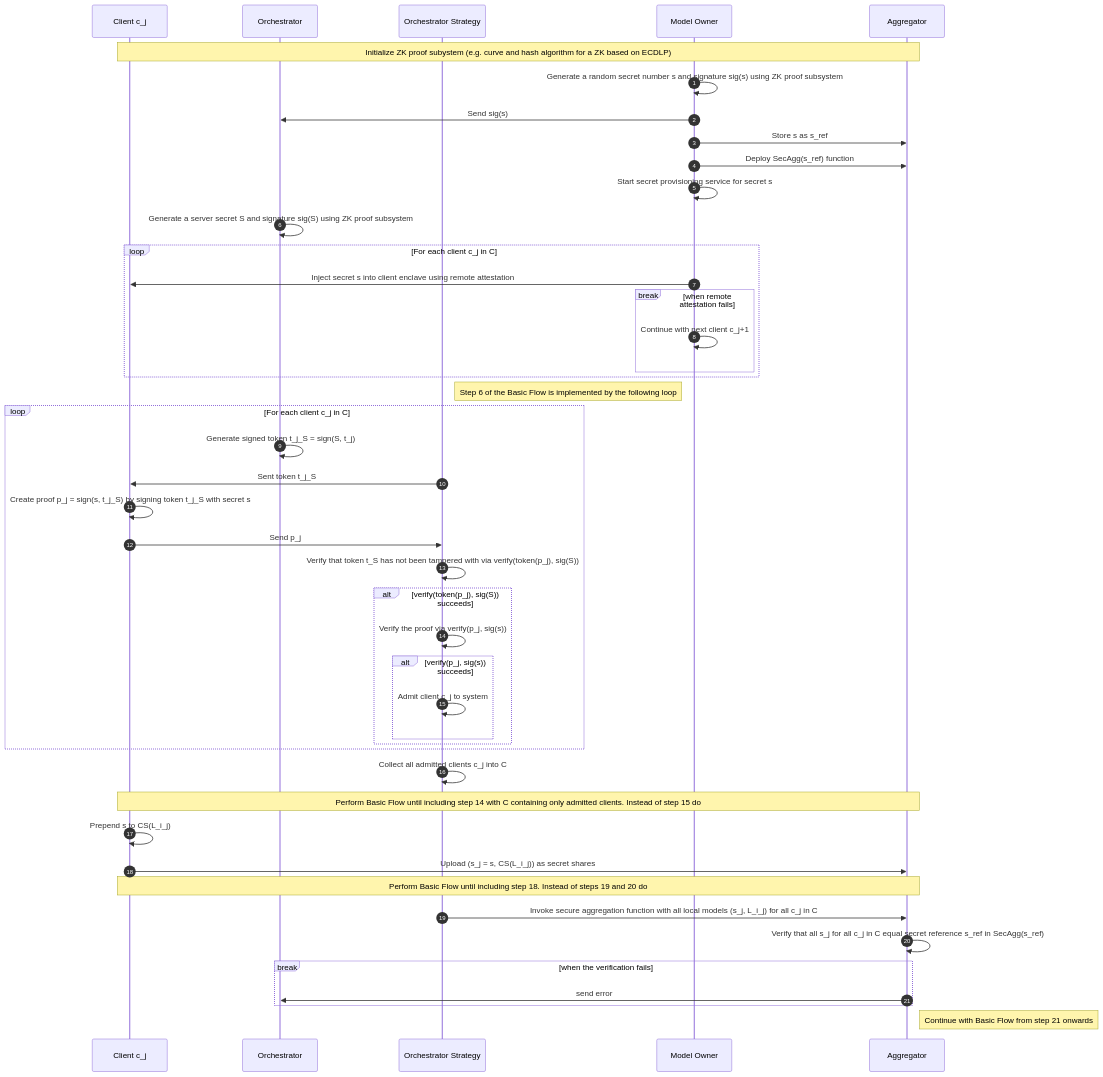
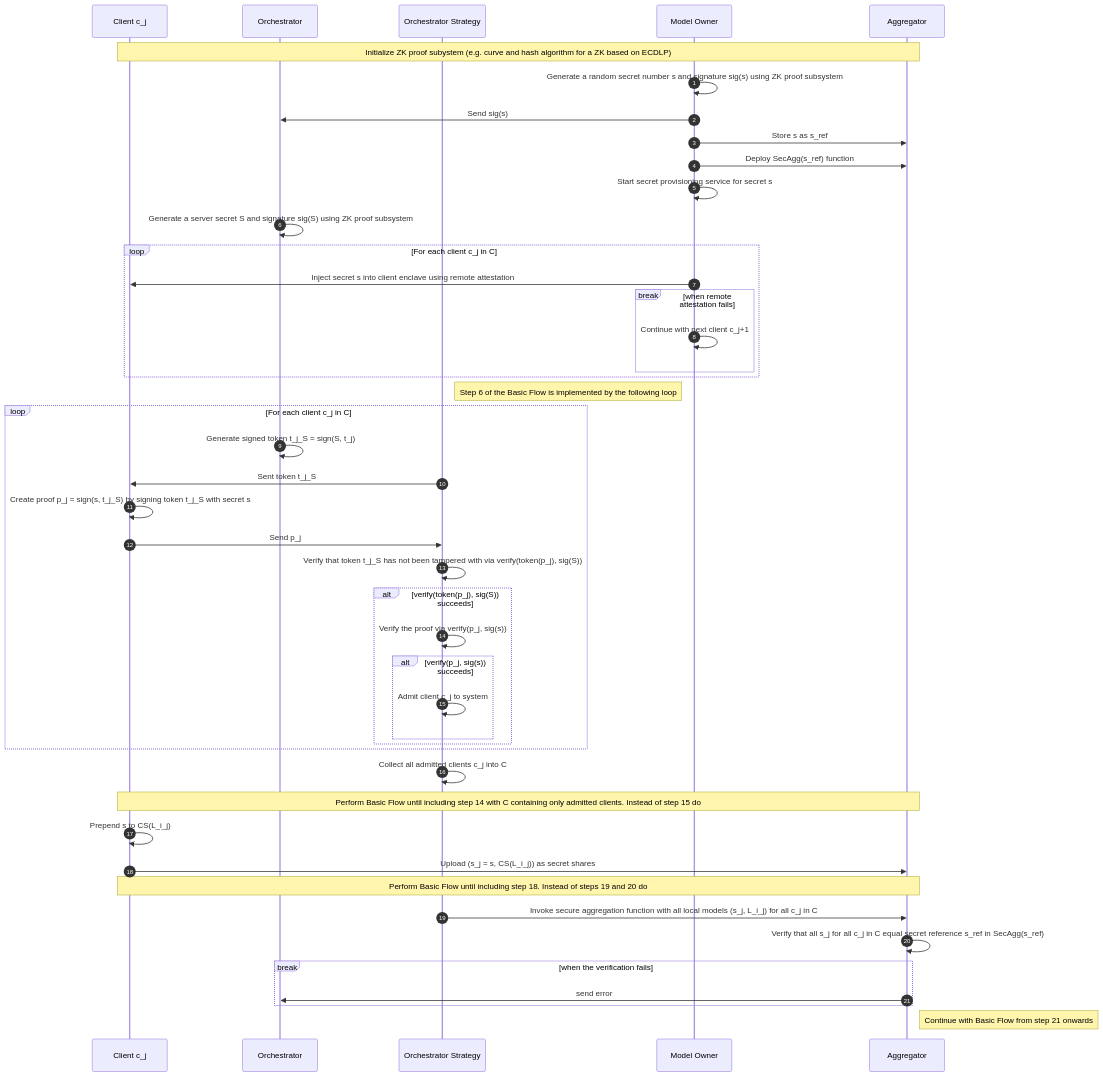
The second of 2 diagrams in enhancements/0055-Federated-Learning.md (carbynestack/nettle), drawn with Mermaid before and after one commit.

````diff
--- a/enhancements/0055-Federated-Learning.md
+++ b/enhancements/0055-Federated-Learning.md
@@ -332,47 +332,47 @@
 ```mermaid
 sequenceDiagram
     autonumber
     participant c as Client c_j
     participant o as Orchestrator
     participant os as Orchestrator Strategy
     participant mo as Model Owner
     participant vc as Aggregator
     Note over c,vc: Initialize ZK proof subystem (e.g. curve and hash algorithm for a ZK based on ECDLP)
     mo->>mo: Generate a random secret number s and signature sig(s) using ZK proof subsystem
     mo->>o: Send sig(s)
     mo->>vc: Store s as s_ref
     mo->>vc: Deploy SecAgg(s_ref) function
     mo->>mo: Start secret provisioning service for secret s
     o->>o: Generate a server secret S and signature sig(S) using ZK proof subsystem
     loop For each client c_j in C 
         mo->>c: Inject secret s into client enclave using remote attestation
         break when remote attestation fails
             mo->>mo: Continue with next client c_j+1
         end
     end
     Note right of os: Step 6 of the Basic Flow is implemented by the following loop
     loop For each client c_j in C
         o->>o: Generate signed token t_j_S = sign(S, t_j)
         os->>c: Sent token t_j_S
         c->>c: Create proof p_j = sign(s, t_j_S) by signing token t_j_S with secret s
         c->>os: Send p_j
-        os->>os: Verify that token t_S has not been tampered with via verify(token(p_j), sig(S))
+        os->>os: Verify that token t_j_S has not been tampered with via verify(token(p_j), sig(S))
         alt verify(token(p_j), sig(S)) succeeds
             os->>os: Verify the proof via verify(p_j, sig(s))
             alt verify(p_j, sig(s)) succeeds
                 os->>os: Admit client c_j to system
             end 
         end
     end
     os->>os: Collect all admitted clients c_j into C
     Note over c,vc: Perform Basic Flow until including step 14 with C containing only admitted clients. Instead of step 15 do
     c->>c: Prepend s to CS(L_i_j)
     c->>vc: Upload (s_j = s, CS(L_i_j)) as secret shares
     Note over c,vc: Perform Basic Flow until including step 18. Instead of steps 19 and 20 do
     os->>vc: Invoke secure aggregation function with all local models (s_j, L_i_j) for all c_j in C
     vc->>vc: Verify that all s_j for all c_j in C equal secret reference s_ref in SecAgg(s_ref)
     break when the verification fails
         vc->>o: send error
     end
     Note right of vc: Continue with Basic Flow from step 21 onwards 
 ```
````
